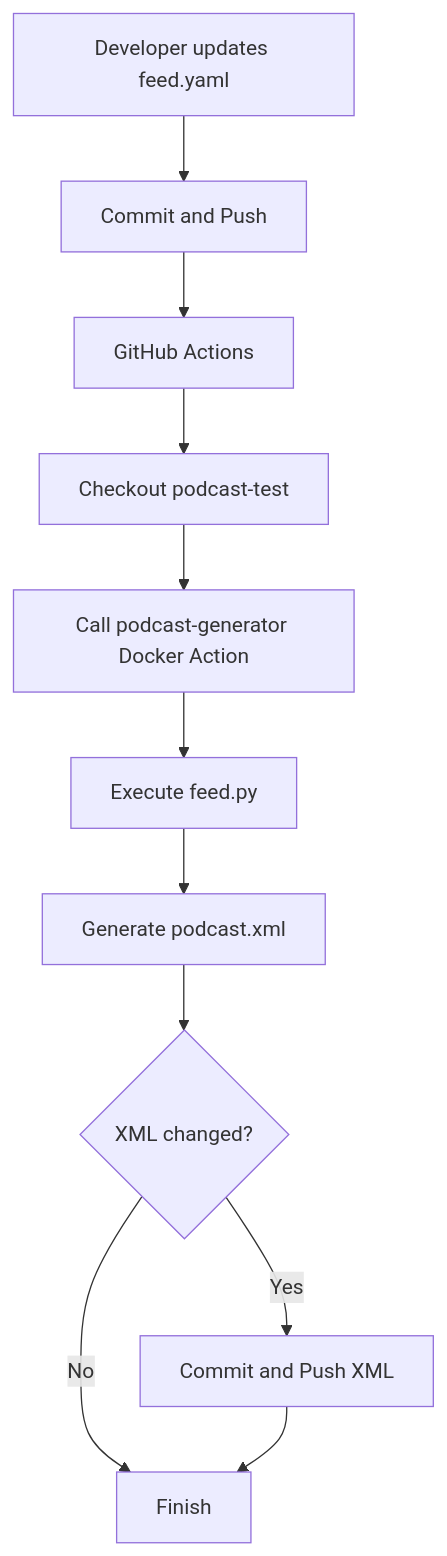
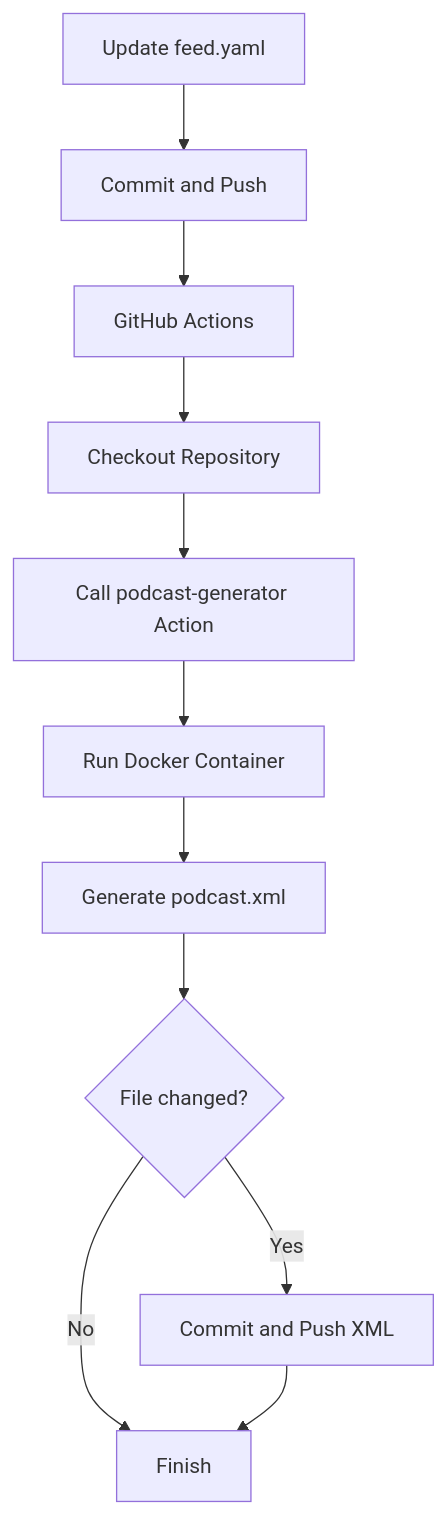
Before and after one commit to KukeitChanahan/podcast-test: the diagram in README.md, drawn with Mermaid. The commit also changed other lines of this file, not shown here.

````diff
--- a/README.md
+++ b/README.md
@@ -79,13 +44,13 @@
 ```mermaid
 flowchart TD
-    A["Developer updates feed.yaml"] --> B["Commit and Push"]
+    A["Update feed.yaml"] --> B["Commit and Push"]
     B --> C["GitHub Actions"]
-    C --> D["Checkout podcast-test"]
-    D --> E["Call podcast-generator Docker Action"]
-    E --> F["Execute feed.py"]
+    C --> D["Checkout Repository"]
+    D --> E["Call podcast-generator Action"]
+    E --> F["Run Docker Container"]
     F --> G["Generate podcast.xml"]
-    G --> H{"XML changed?"}
+    G --> H{"File changed?"}
     H -->|Yes| I["Commit and Push XML"]
     H -->|No| J["Finish"]
     I --> J
 ```
````
